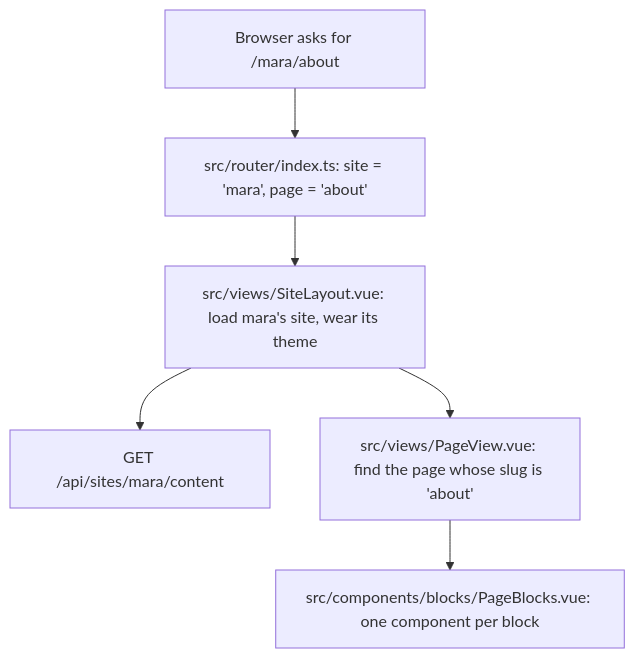
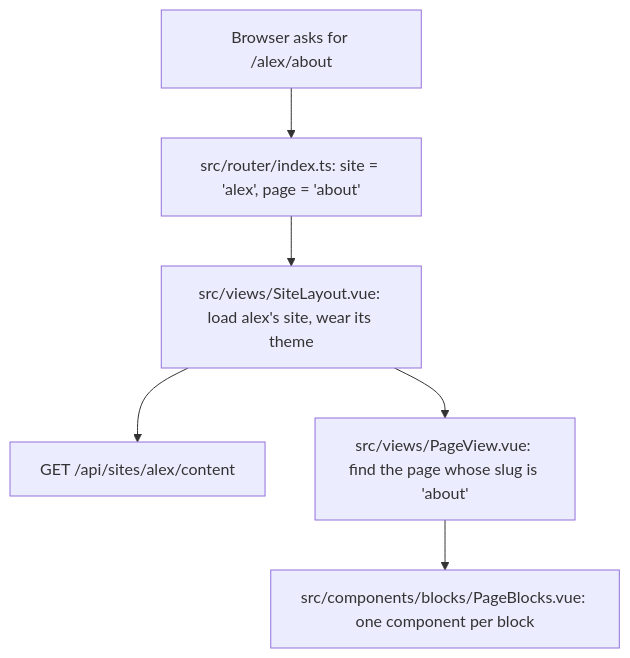
One commit to NabilRobert/author-website changed the first of 3 diagrams in docs/guide.md. Above: the diagram before and after it, drawn with Mermaid. The commit also changed other lines of this file and 69 other files, not shown here.

````diff
--- a/docs/guide.md
+++ b/docs/guide.md
@@ -9,8 +9,8 @@
 ```mermaid
 flowchart TD
-  A[Browser asks for /mara/about] --> B[src/router/index.ts: site = 'mara', page = 'about']
-  B --> C[src/views/SiteLayout.vue: load mara's site, wear its theme]
-  C --> D[GET /api/sites/mara/content]
+  A[Browser asks for /alex/about] --> B[src/router/index.ts: site = 'alex', page = 'about']
+  B --> C[src/views/SiteLayout.vue: load alex's site, wear its theme]
+  C --> D[GET /api/sites/alex/content]
   C --> E[src/views/PageView.vue: find the page whose slug is 'about']
   E --> F[src/components/blocks/PageBlocks.vue: one component per block]
 ```
````
